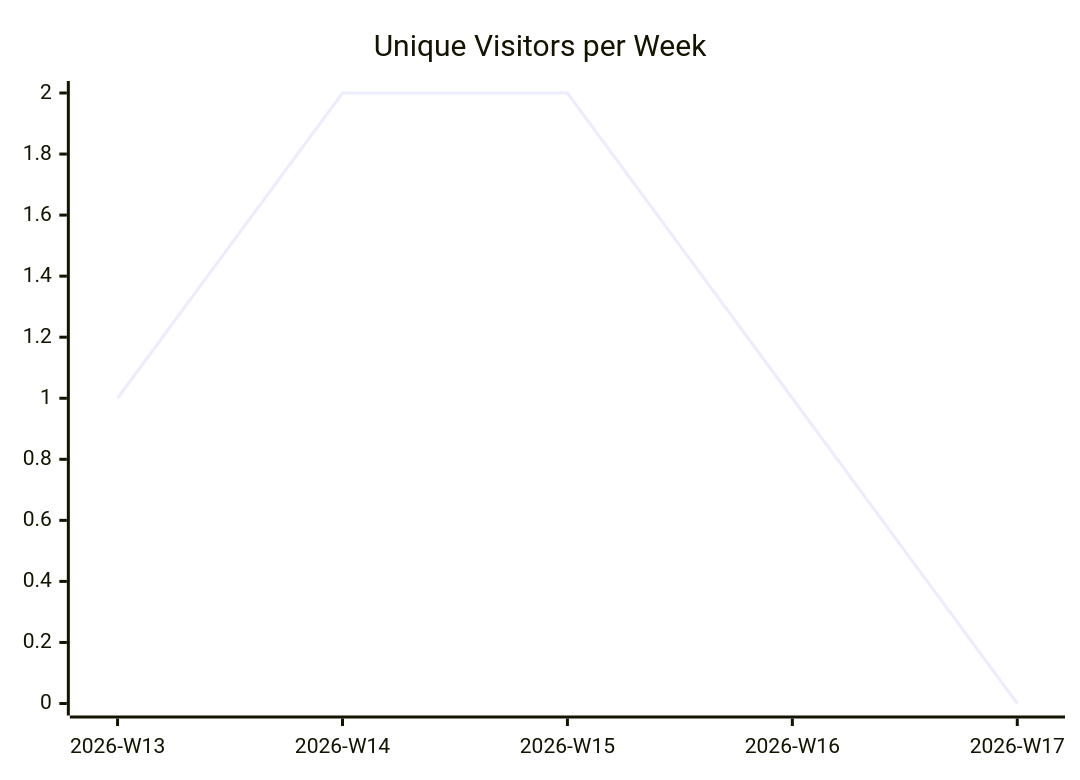
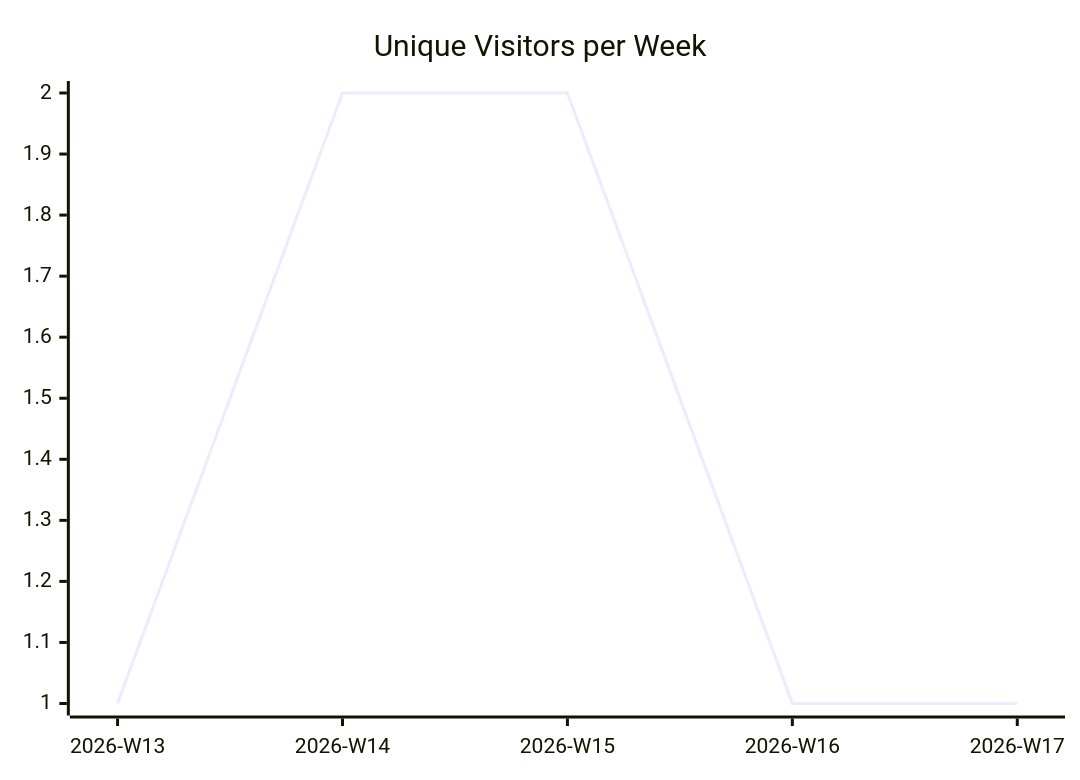
Before and after one commit to justdavis-family/github-analytics-data: the first of 3 diagrams in karlmdavis/fhir-benchmarks/README.md, drawn with Mermaid. The commit also changed other lines of this file and 191 other files, not shown here.

````diff
--- a/karlmdavis/fhir-benchmarks/README.md
+++ b/karlmdavis/fhir-benchmarks/README.md
@@ -5,6 +5,6 @@
 ```mermaid
 xychart-beta
   title "Unique Visitors per Week"
   x-axis ["2026-W13", "2026-W14", "2026-W15", "2026-W16", "2026-W17"]
-  line [1, 2, 2, 1, 0]
+  line [1, 2, 2, 1, 1]
 ```
````
